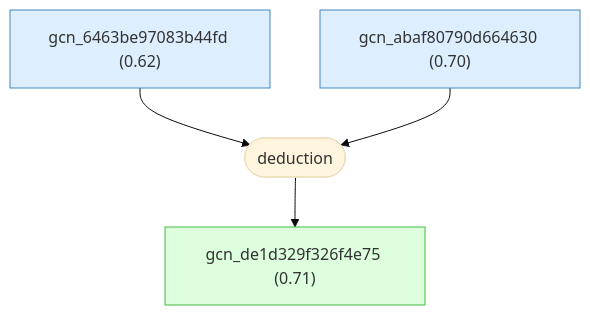
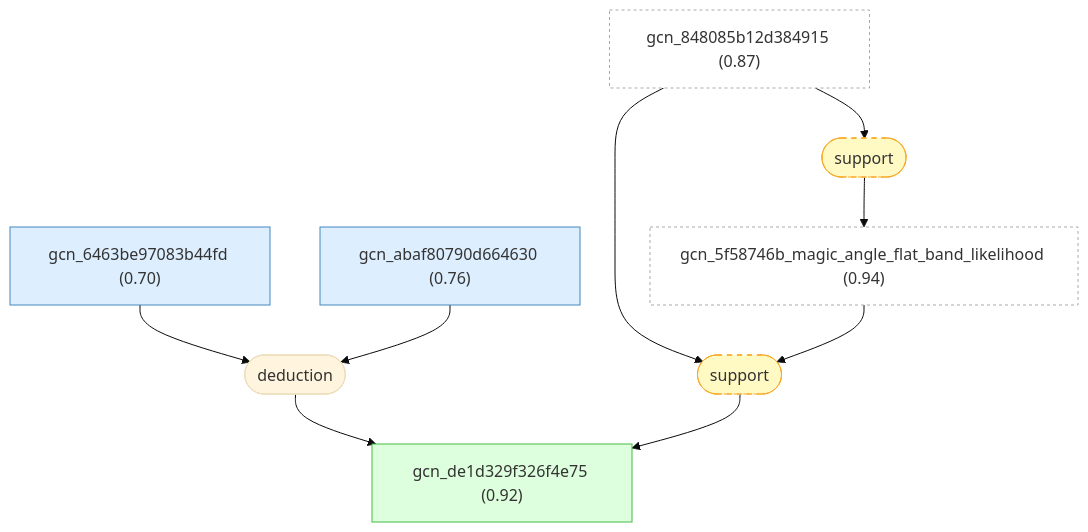
The eighth of 10 diagrams in docs/detailed-reasoning.md (Callo42/tbg-magic-angle-gaia), drawn with Mermaid (base theme) before and after one commit. The commit also changed other lines of this file and 50 other files, not shown here.

First line of the commit message:
Regenerate TBG graph from connected root

````diff
--- a/docs/detailed-reasoning.md
+++ b/docs/detailed-reasoning.md
@@ -1287,20 +679,29 @@
 ```mermaid
 graph TD
-    gcn_6463be97083b44fd["gcn_6463be97083b44fd (0.62)"]:::premise
-    gcn_abaf80790d664630["gcn_abaf80790d664630 (0.70)"]:::premise
-    gcn_de1d329f326f4e75["gcn_de1d329f326f4e75 (0.71)"]:::derived
-    strat_21(["deduction"])
-    gcn_6463be97083b44fd --> strat_21
-    gcn_abaf80790d664630 --> strat_21
-    strat_21 --> gcn_de1d329f326f4e75
+    gcn_848085b12d384915["gcn_848085b12d384915 (0.87)"]:::external
+    gcn_5f58746b_magic_angle_flat_band_likelihood["gcn_5f58746b_magic_angle_flat_band_likelihood (0.94)"]:::external
+    gcn_6463be97083b44fd["gcn_6463be97083b44fd (0.70)"]:::premise
+    gcn_abaf80790d664630["gcn_abaf80790d664630 (0.76)"]:::premise
+    gcn_de1d329f326f4e75["gcn_de1d329f326f4e75 (0.92)"]:::derived
+    strat_7(["deduction"])
+    gcn_6463be97083b44fd --> strat_7
+    gcn_abaf80790d664630 --> strat_7
+    strat_7 --> gcn_de1d329f326f4e75
+    strat_14(["support"]):::weak
+    gcn_848085b12d384915 --> strat_14
+    strat_14 --> gcn_5f58746b_magic_angle_flat_band_likelihood
+    strat_15(["support"]):::weak
+    gcn_848085b12d384915 --> strat_15
+    gcn_5f58746b_magic_angle_flat_band_likelihood --> strat_15
+    strat_15 --> gcn_de1d329f326f4e75
 
     classDef setting fill:#f0f0f0,stroke:#999,color:#333
     classDef premise fill:#ddeeff,stroke:#4488bb,color:#333
     classDef derived fill:#ddffdd,stroke:#44bb44,color:#333
     classDef question fill:#fff3dd,stroke:#cc9944,color:#333
     classDef background fill:#f5f5f5,stroke:#bbb,stroke-dasharray: 5 5,color:#333
     classDef orphan fill:#fff,stroke:#ccc,stroke-dasharray: 5 5,color:#333
     classDef external fill:#fff,stroke:#aaa,stroke-dasharray: 3 3,color:#333
     classDef weak fill:#fff9c4,stroke:#f9a825,stroke-dasharray: 5 5,color:#333
     classDef contra fill:#ffebee,stroke:#c62828,color:#333
 ```
````
